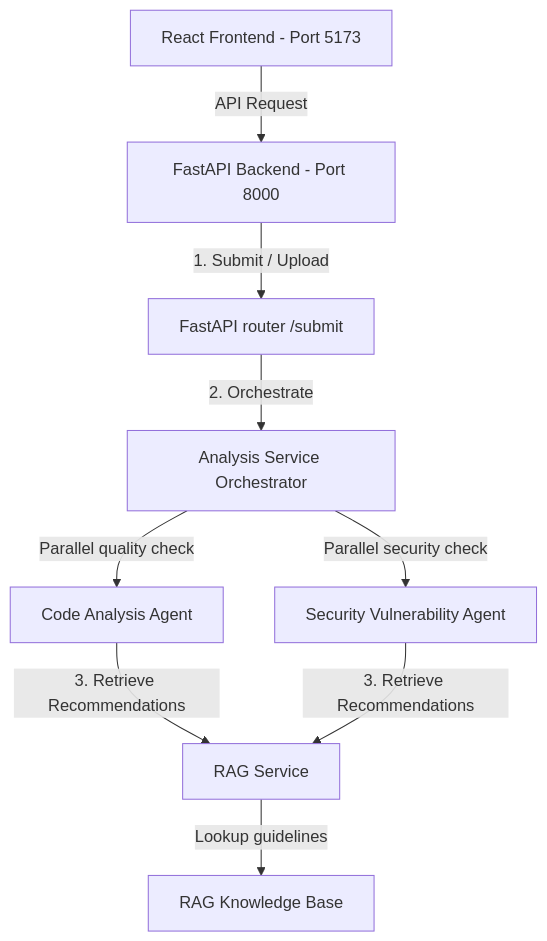
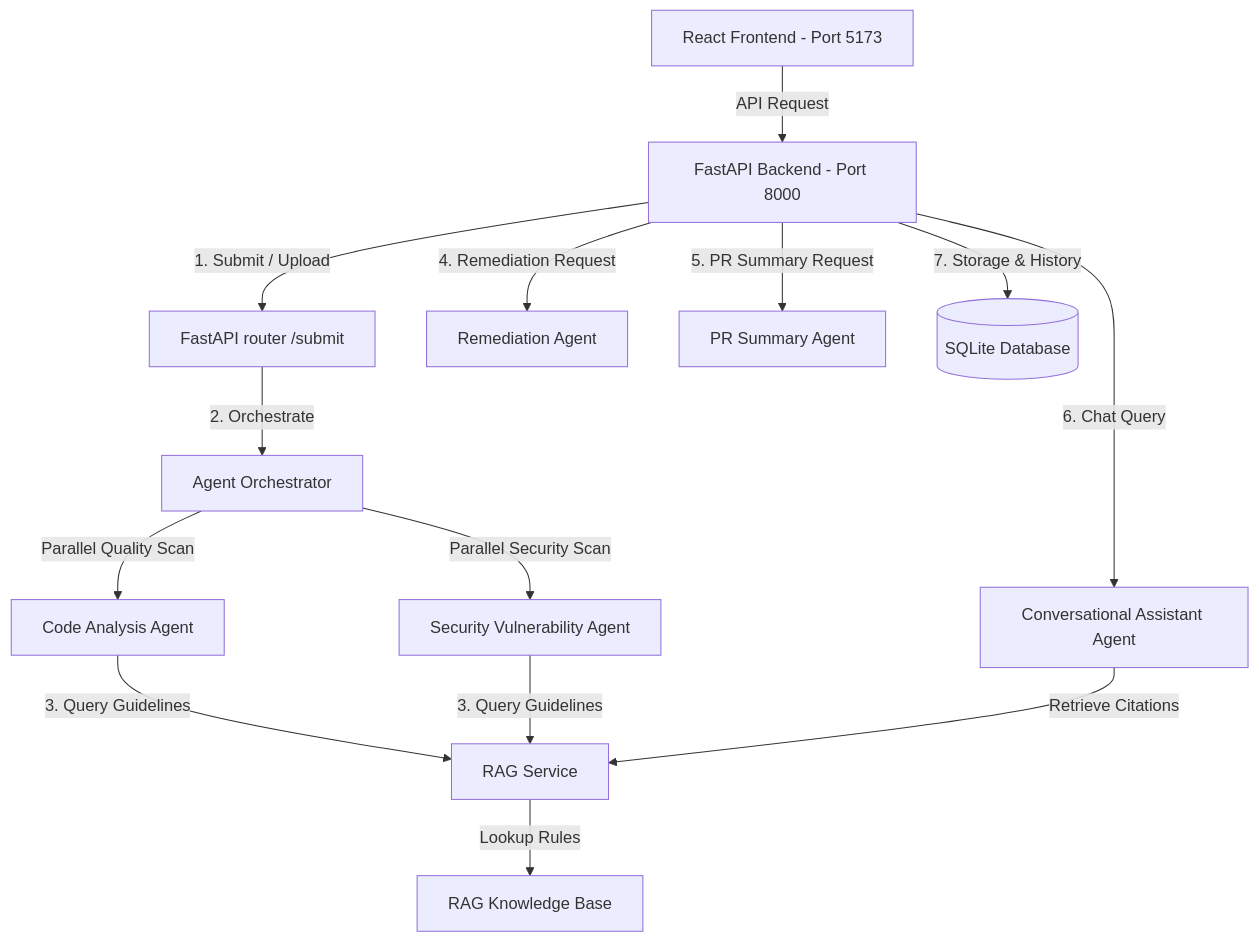
Before and after one commit to shivamkhatri-hash/Codeguard.Ai: the diagram in projectguide.md, drawn with Mermaid. The commit also changed other lines of this file and 31 other files, not shown here.

Commit message:
Update project with vulnerability detection system improvements and AI conversational assistant

````diff
--- a/projectguide.md
+++ b/projectguide.md
@@ -9,10 +9,15 @@
 ```mermaid
 graph TD
     Client[React Frontend - Port 5173] -->|API Request| Backend[FastAPI Backend - Port 8000]
     Backend -->|1. Submit / Upload| API[FastAPI router /submit]
-    API -->|2. Orchestrate| Orchestrator[Analysis Service Orchestrator]
-    Orchestrator -->|Parallel quality check| CodeAnalysis[Code Analysis Agent]
-    Orchestrator -->|Parallel security check| SecurityAnalysis[Security Vulnerability Agent]
-    CodeAnalysis & SecurityAnalysis -->|3. Retrieve Recommendations| RAGService[RAG Service]
-    RAGService -->|Lookup guidelines| RAGKB[RAG Knowledge Base]
+    API -->|2. Orchestrate| Orchestrator[Agent Orchestrator]
+    Orchestrator -->|Parallel Quality Scan| CodeAnalysis[Code Analysis Agent]
+    Orchestrator -->|Parallel Security Scan| SecurityAnalysis[Security Vulnerability Agent]
+    CodeAnalysis & SecurityAnalysis -->|3. Query Guidelines| RAGService[RAG Service]
+    RAGService -->|Lookup Rules| RAGKB[RAG Knowledge Base]
+    Backend -->|4. Remediation Request| RemediationAgent[Remediation Agent]
+    Backend -->|5. PR Summary Request| PRSummaryAgent[PR Summary Agent]
+    Backend -->|6. Chat Query| AssistantAgent[Conversational Assistant Agent]
+    AssistantAgent -->|Retrieve Citations| RAGService
+    Backend -->|7. Storage & History| SQLite[(SQLite Database)]
 ```
````
